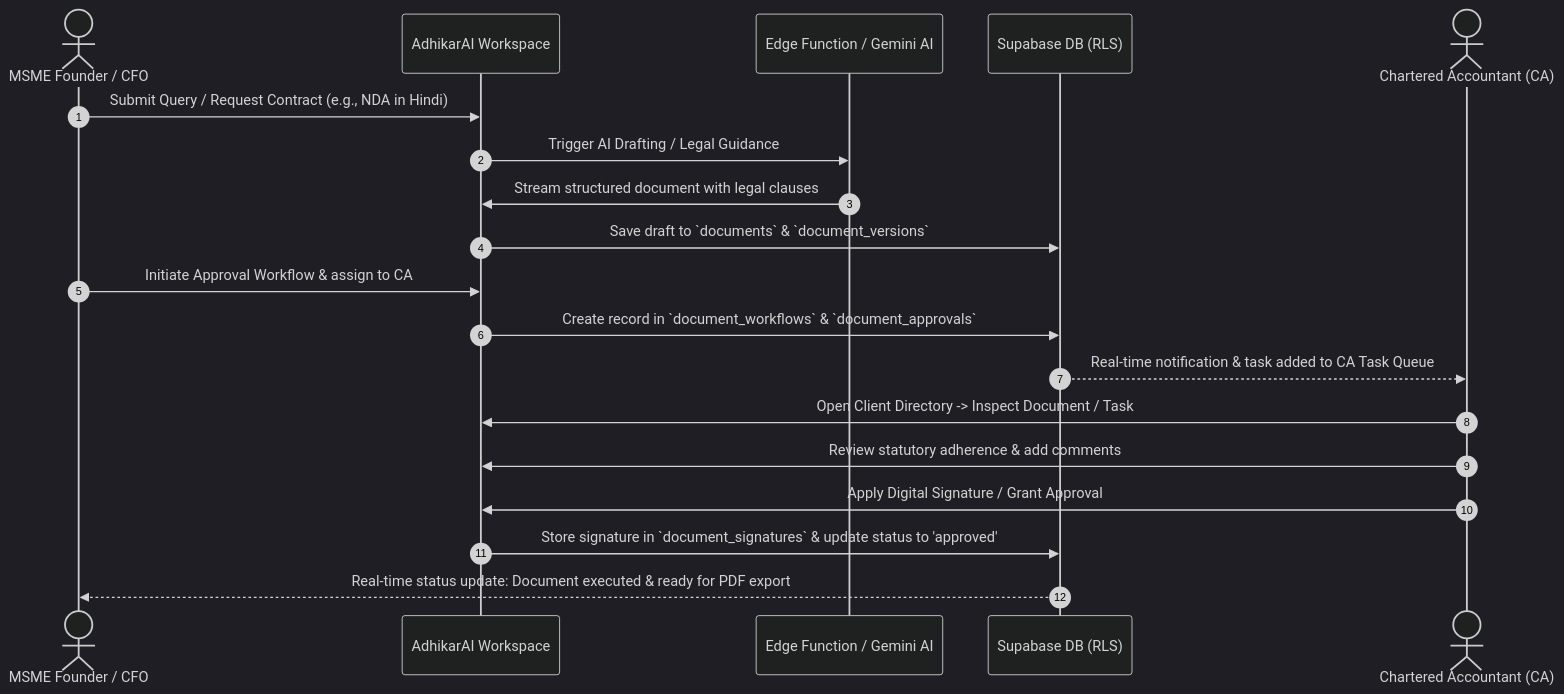
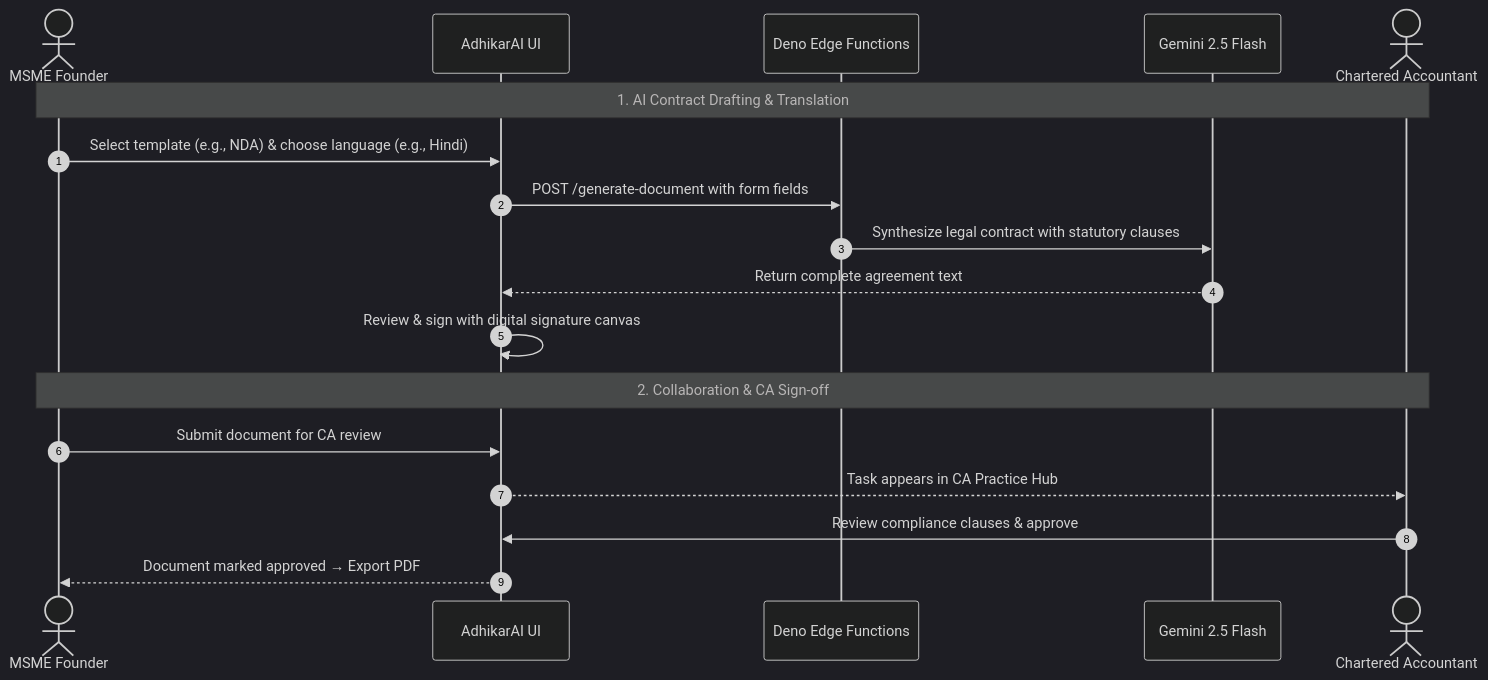
Before and after one commit to ARJUN-PUNDIR/adhikar_ai: the second of 2 diagrams in README.md, drawn with Mermaid (dark theme). The commit also changed other lines of this file, not shown here.

Commit message:
docs: streamline architecture diagram, enhance output readability, and remove clutter

````diff
--- a/README.md
+++ b/README.md
@@ -113,25 +105,22 @@
 ```mermaid
 sequenceDiagram
     autonumber
-    actor Founder as MSME Founder / CFO
-    participant Platform as AdhikarAI Workspace
-    participant Edge as Edge Function / Gemini AI
-    participant DB as Supabase DB (RLS)
-    actor CA as Chartered Accountant (CA)
+    actor Founder as MSME Founder
+    participant App as AdhikarAI UI
+    participant Edge as Deno Edge Functions
+    participant AI as Gemini 2.5 Flash
+    actor CA as Chartered Accountant
 
-    Founder->>Platform: Submit Query / Request Contract (e.g., NDA in Hindi)
-    Platform->>Edge: Trigger AI Drafting / Legal Guidance
-    Edge->>Platform: Stream structured document with legal clauses
-    Platform->>DB: Save draft to `documents` & `document_versions`
+    Note over Founder, CA: 1. AI Contract Drafting & Translation
+    Founder->>App: Select template (e.g., NDA) & choose language (e.g., Hindi)
+    App->>Edge: POST /generate-document with form fields
+    Edge->>AI: Synthesize legal contract with statutory clauses
+    AI-->>App: Return complete agreement text
+    App->>App: Review & sign with digital signature canvas
     
-    Founder->>Platform: Initiate Approval Workflow & assign to CA
-    Platform->>DB: Create record in `document_workflows` & `document_approvals`
-    DB-->>CA: Real-time notification & task added to CA Task Queue
-    
-    CA->>Platform: Open Client Directory -> Inspect Document / Task
-    CA->>Platform: Review statutory adherence & add comments
-    CA->>Platform: Apply Digital Signature / Grant Approval
-    Platform->>DB: Store signature in `document_signatures` & update status to 'approved'
-    
-    DB-->>Founder: Real-time status update: Document executed & ready for PDF export
+    Note over Founder, CA: 2. Collaboration & CA Sign-off
+    Founder->>App: Submit document for CA review
+    App-->>CA: Task appears in CA Practice Hub
+    CA->>App: Review compliance clauses & approve
+    App-->>Founder: Document marked approved → Export PDF
 ```
````
